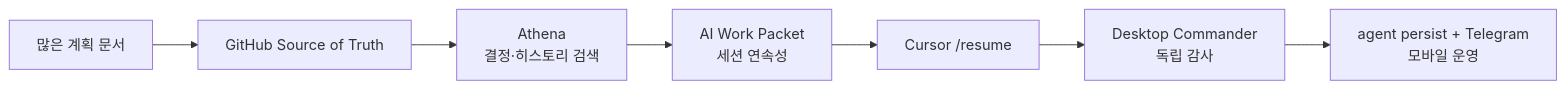
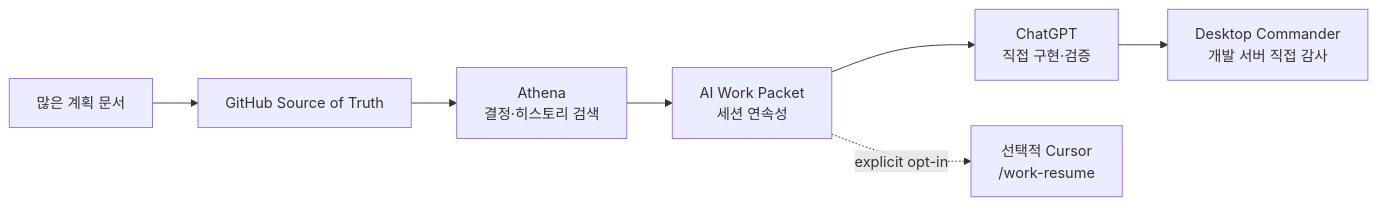
Before and after one commit to datarelay-labs/engineering-system-docs: the diagram in ko/evolution.mdx, drawn with Mermaid. The commit also changed other lines of this file and 3 other files, not shown here.

Commit message:
docs: finish ChatGPT-primary Korean workflow cleanup

```diff
--- a/ko/evolution.mdx
+++ b/ko/evolution.mdx
@@ -28,9 +28,9 @@
 ~~~mermaid
 flowchart LR
     A["많은 계획 문서"] --> B["GitHub Source of Truth"]
     B --> C["Athena<br/>결정·히스토리 검색"]
     C --> D["AI Work Packet<br/>세션 연속성"]
-    D --> E["Cursor /resume"]
-    E --> F["Desktop Commander<br/>독립 감사"]
-    F --> G["agent persist + Telegram<br/>모바일 운영"]
+    D --> E["ChatGPT<br/>직접 구현·검증"]
+    E --> F["Desktop Commander<br/>개발 서버 직접 감사"]
+    D -. "explicit opt-in" .-> X["선택적 Cursor<br/>/work-resume"]
 ~~~
```
